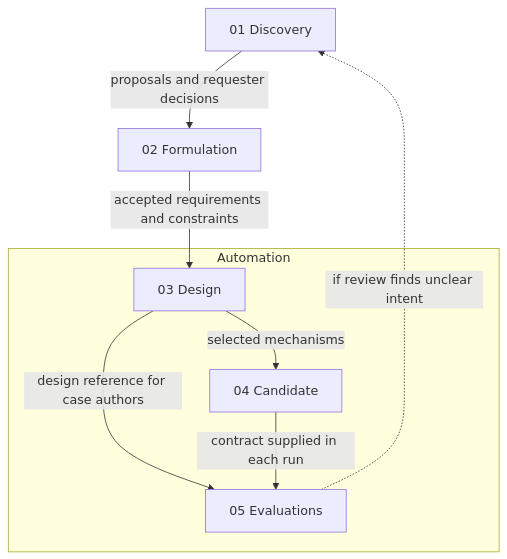
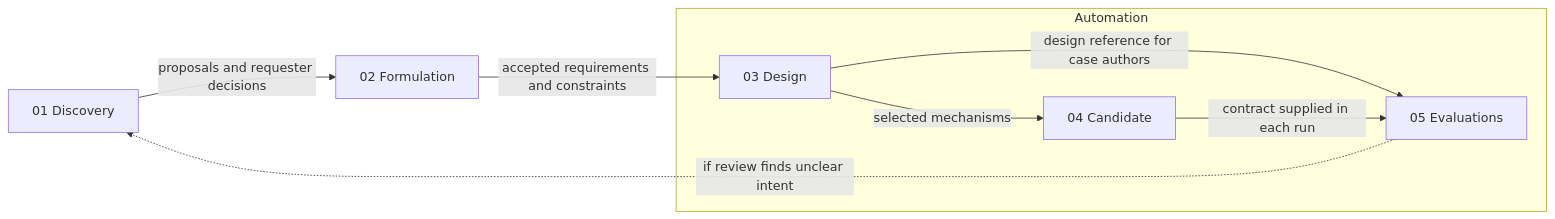
Before and after one commit to indisoluble/AGENTS-spec: the diagram in README.md, drawn with Mermaid.

Commit message:
Clarify the BDD pipeline in the root README

````diff
--- a/README.md
+++ b/README.md
@@ -15,11 +15,11 @@
 ```mermaid
-flowchart TD
+flowchart LR
     D["01 Discovery"] -->|proposals and requester decisions| F["02 Formulation"]
     subgraph Automation
         M["03 Design"] -->|selected mechanisms| C["04 Candidate"]
         M -->|design reference for case authors| E["05 Evaluations"]
         C -->|contract supplied in each run| E
     end
     F -->|accepted requirements and constraints| M
     E -. if review finds unclear intent .-> D
 ```
````
